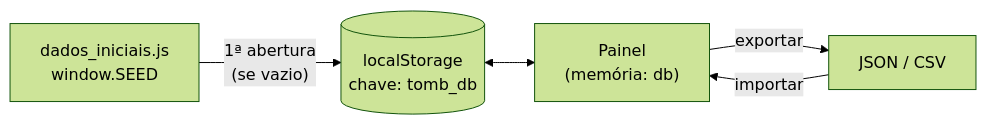
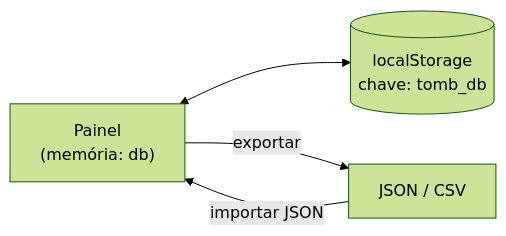
Before and after one commit to Flavionense09/painelTombamento: the first of 2 diagrams in README.md, drawn with Mermaid (forest theme). The commit also changed other lines of this file and 3 other files, not shown here.

````diff
--- a/README.md
+++ b/README.md
@@ -230,7 +237,6 @@
 ```mermaid
 flowchart LR
-    A["dados_iniciais.js<br/>window.SEED"] -- "1ª abertura<br/>(se vazio)" --> B[("localStorage<br/>chave: tomb_db")]
-    B <--> C["Painel<br/>(memória: db)"]
-    C -- exportar --> D["JSON / CSV"]
-    D -- importar --> C
+    A["Painel<br/>(memória: db)"] <--> B[("localStorage<br/>chave: tomb_db")]
+    A -- exportar --> C["JSON / CSV"]
+    C -- importar JSON --> A
 ```
````
